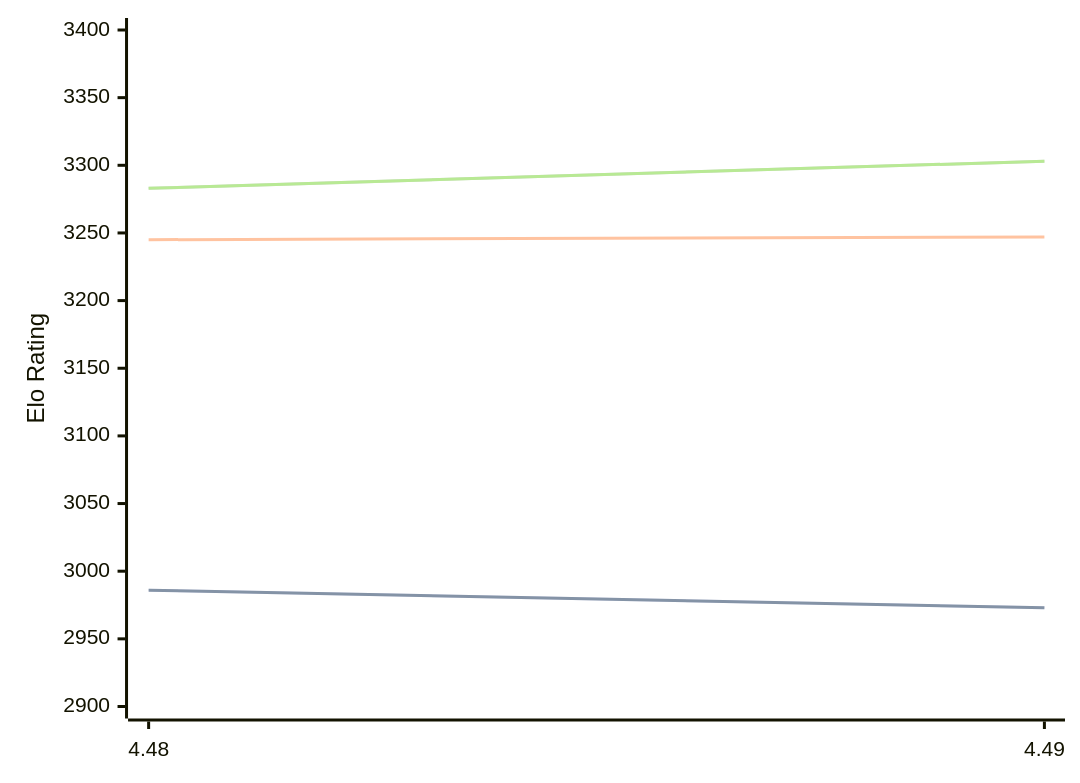
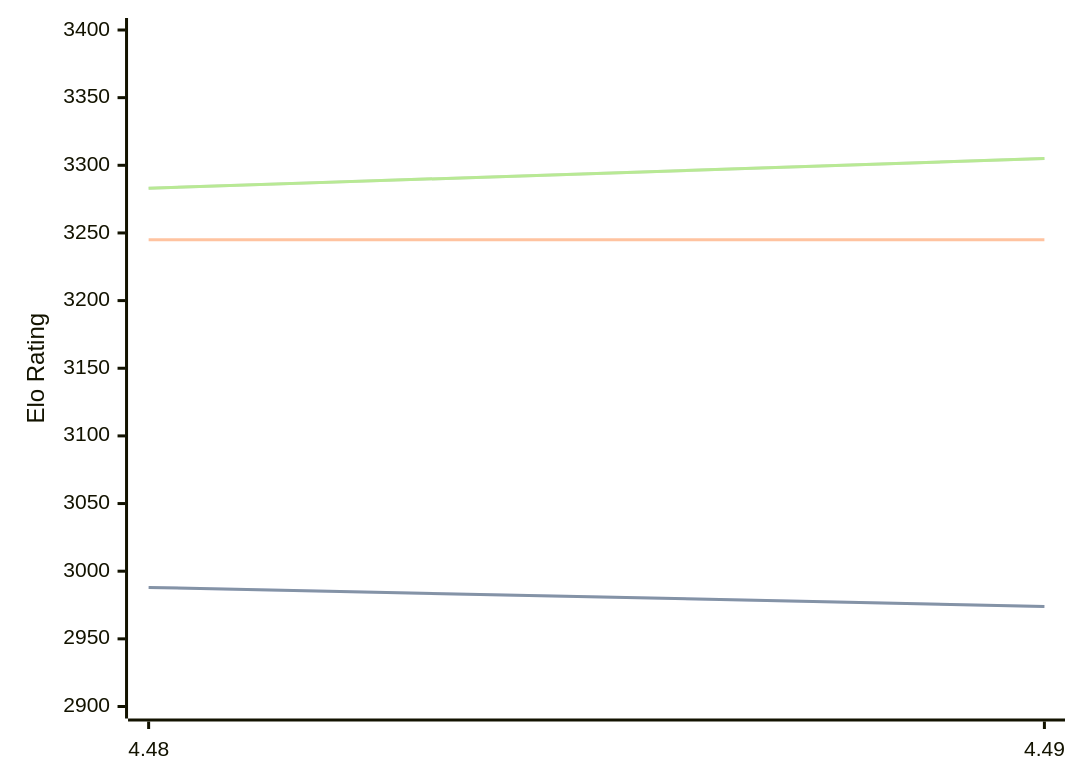
One commit to computer-chess-index/cci changed the diagram in engines/Cheng4.md. Above: the diagram before and after it, drawn with Mermaid. The commit also changed other lines of this file, not shown here.

Commit message:
Update CCI Ratings (ELO VLTC) - 2026-10-02

````diff
--- a/engines/Cheng4.md
+++ b/engines/Cheng4.md
@@ -32,11 +32,11 @@
 ```mermaid
 %%{init: {"theme":"base","themeVariables":{"seriesColors:['#a3a3a3','#222221','#faa371']}}}%%
 xychart-beta
   x-axis ["4.48", "4.49"]
   y-axis "Elo Rating" 2900 --> 3400
-  line "" [2986, 2973]
-  line "STC (8.0+0.08s)" [2986, 2973]
-  line "LTC (60.0+0.60s)" [3245, 3247]
-  line "" [3283, 3303]
-  line "VLTC (2m24s+1.12s)" [3283, 3303]
+  line "" [2988, 2974]
+  line "STC (8.0+0.08s)" [2988, 2974]
+  line "LTC (60.0+0.60s)" [3245, 3245]
+  line "" [3283, 3305]
+  line "VLTC (2m24s+1.12s)" [3283, 3305]
 ```
````
